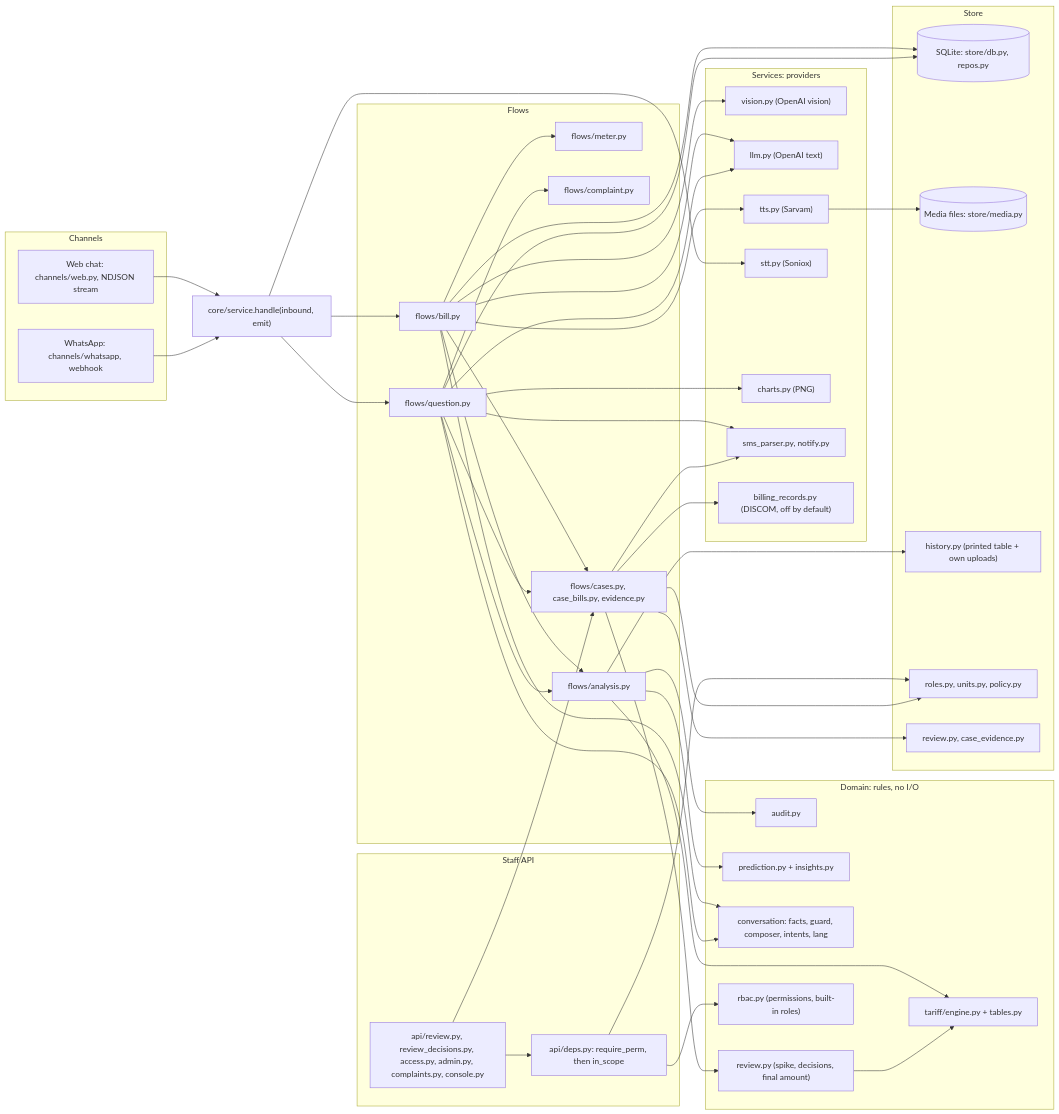
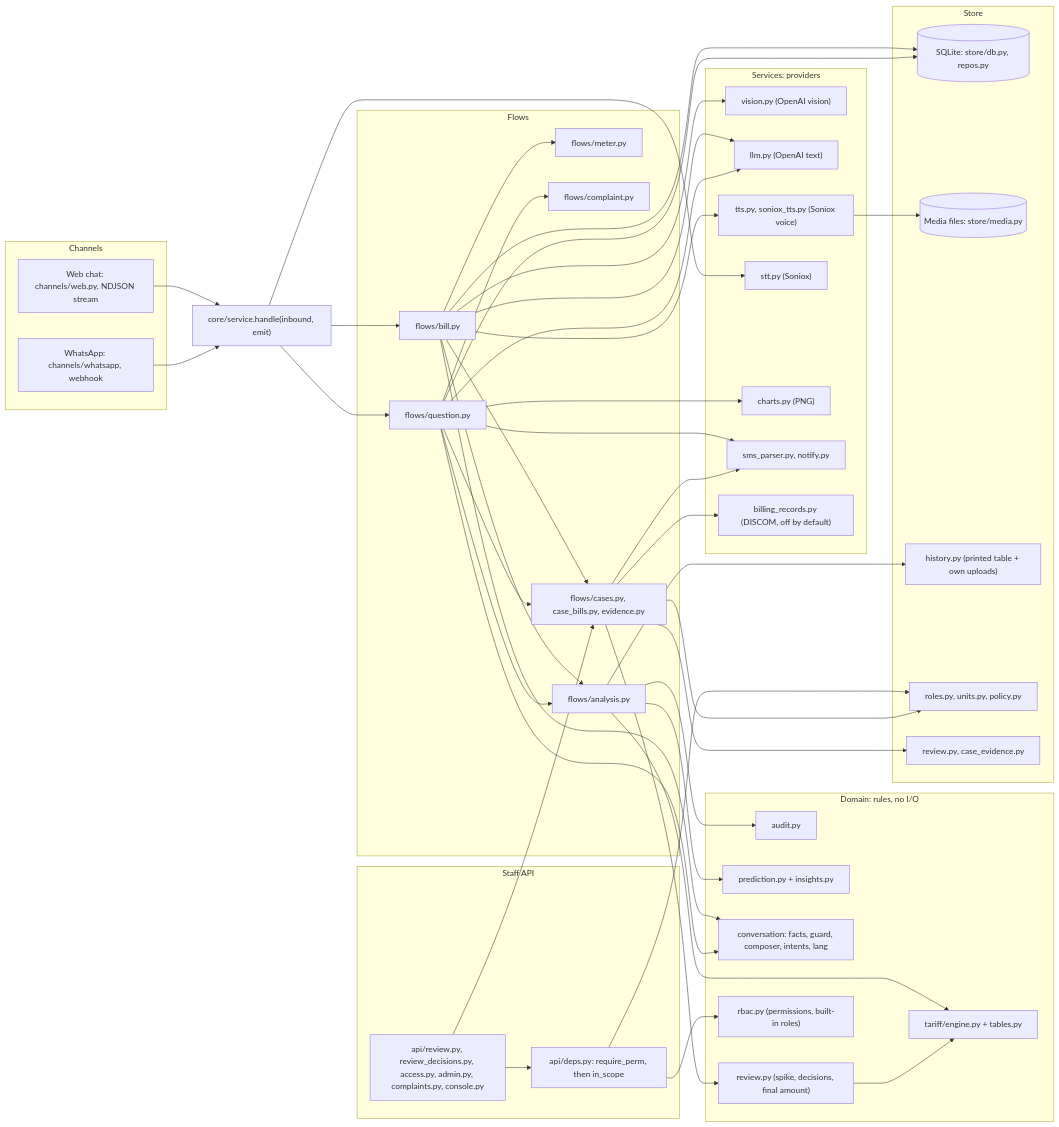
Before and after one commit to meraj-AIP/bill-mitra: the first of 3 diagrams in ARCHITECTURE.md, drawn with Mermaid. The commit also changed other lines of this file and 22 other files, not shown here.

First line of the commit message:
refactor: Soniox is the only voice provider, Sarvam removed

````diff
--- a/ARCHITECTURE.md
+++ b/ARCHITECTURE.md
@@ -17,80 +17,80 @@
 ```mermaid
 flowchart LR
     subgraph CH["Channels"]
         WEB["Web chat: channels/web.py, NDJSON stream"]
         WA["WhatsApp: channels/whatsapp, webhook"]
     end
     subgraph SA["Staff API"]
         API["api/review.py, review_decisions.py, access.py, admin.py, complaints.py, console.py"]
         DEP["api/deps.py: require_perm, then in_scope"]
     end
     SVC["core/service.handle(inbound, emit)"]
     subgraph FL["Flows"]
         BF["flows/bill.py"]
         QF["flows/question.py"]
         MF["flows/meter.py"]
         CF["flows/complaint.py"]
         AF["flows/analysis.py"]
         RF["flows/cases.py, case_bills.py, evidence.py"]
     end
     subgraph DM["Domain: rules, no I/O"]
         TE["tariff/engine.py + tables.py"]
         AU["audit.py"]
         PR["prediction.py + insights.py"]
         CV["conversation: facts, guard, composer, intents, lang"]
         RV["review.py (spike, decisions, final amount)"]
         RB["rbac.py (permissions, built-in roles)"]
     end
     subgraph SV["Services: providers"]
         VI["vision.py (OpenAI vision)"]
         LL["llm.py (OpenAI text)"]
-        TT["tts.py (Sarvam)"]
+        TT["tts.py, soniox_tts.py (Soniox voice)"]
         ST["stt.py (Soniox)"]
         CH2["charts.py (PNG)"]
         SM["sms_parser.py, notify.py"]
         BR["billing_records.py (DISCOM, off by default)"]
     end
     subgraph SO["Store"]
         DB[("SQLite: store/db.py, repos.py")]
         MD[("Media files: store/media.py")]
         HI["history.py (printed table + own uploads)"]
         UN["roles.py, units.py, policy.py"]
         RS["review.py, case_evidence.py"]
     end
     WEB --> SVC
     WA --> SVC
     SVC --> BF
     SVC --> QF
     BF --> MF
     QF --> CF
     BF --> AF
     QF --> AF
     AF --> TE
     AF --> AU
     AF --> PR
     BF --> CV
     QF --> CV
     BF --> VI
     BF --> LL
     QF --> LL
     QF --> CH2
     SVC --> ST
     BF --> TT
     QF --> SM
     AF --> HI
     BF --> DB
     QF --> DB
     TT --> MD
     BF --> RF
     QF --> RF
     API --> DEP
     DEP --> RB
     DEP --> UN
     API --> RF
     RF --> RV
     RV --> TE
     RF --> BR
     RF --> UN
     RF --> RS
     RF --> SM
 ```
````
